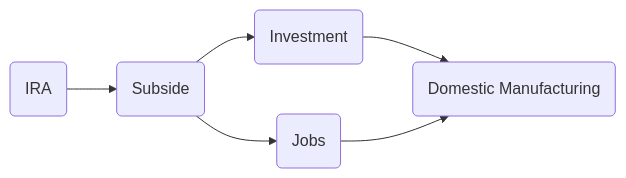
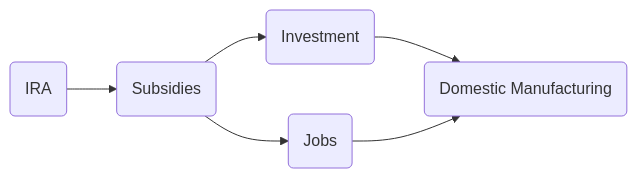
One commit to drganghe/program-evaluation changed the diagram in lectures/lecture1.qmd. Above: the diagram before and after it, drawn with Mermaid. The commit also changed other lines of this file and 11 other files, not shown here.

````diff
--- a/lectures/lecture1.qmd
+++ b/lectures/lecture1.qmd
@@ -122,8 +111,8 @@
 ```{mermaid}
 flowchart LR
-  A(IRA) --> B(Subside)
+  A(IRA) --> B(Subsidies)
   B --> C(Investment)
   B --> D(Jobs)
   C --> E(Domestic Manufacturing)
   D --> E(Domestic Manufacturing)
 ```
````
